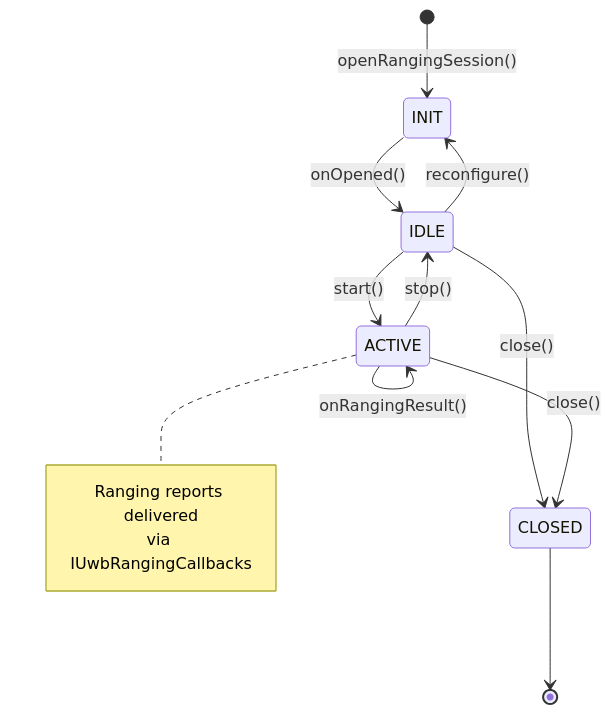
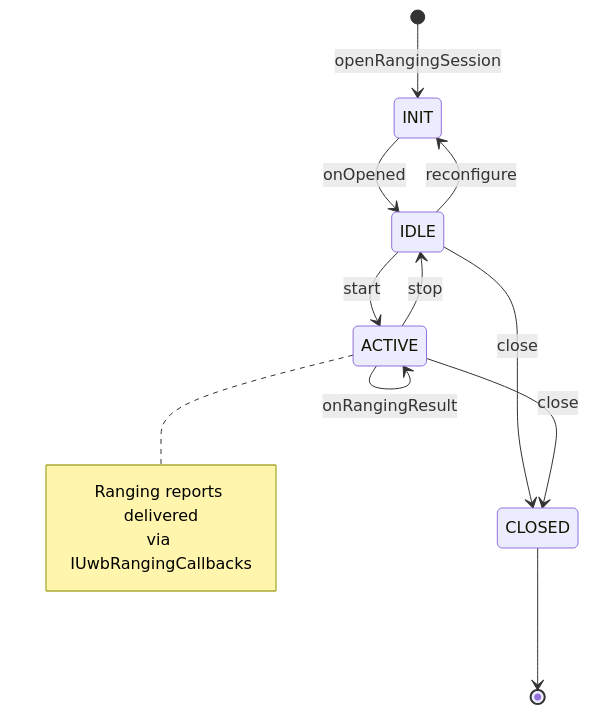
Before and after one commit to fwrite0920/aosp-internal-book: diagram 19 of 19 in 52-mainline-modules.md, drawn with Mermaid. The commit also changed other lines of this file and 21 other files, not shown here.

First line of the commit message:
Fix Mermaid diagrams and formatting in Parts IX-XV and Appendix A (chapters 40-63)

````diff
--- a/52-mainline-modules.md
+++ b/52-mainline-modules.md
@@ -4059,17 +4059,17 @@
 ```mermaid
 stateDiagram-v2
-    [*] --> INIT: openRangingSession()
-    INIT --> IDLE: onOpened()
-    IDLE --> ACTIVE: start()
-    ACTIVE --> IDLE: stop()
-    ACTIVE --> ACTIVE: onRangingResult()
-    IDLE --> INIT: reconfigure()
-    IDLE --> CLOSED: close()
-    ACTIVE --> CLOSED: close()
+    [*] --> INIT: openRangingSession
+    INIT --> IDLE: onOpened
+    IDLE --> ACTIVE: start
+    ACTIVE --> IDLE: stop
+    ACTIVE --> ACTIVE: onRangingResult
+    IDLE --> INIT: reconfigure
+    IDLE --> CLOSED: close
+    ACTIVE --> CLOSED: close
     CLOSED --> [*]
 
     note right of ACTIVE
         Ranging reports delivered
         via IUwbRangingCallbacks
     end note
 ```
````
